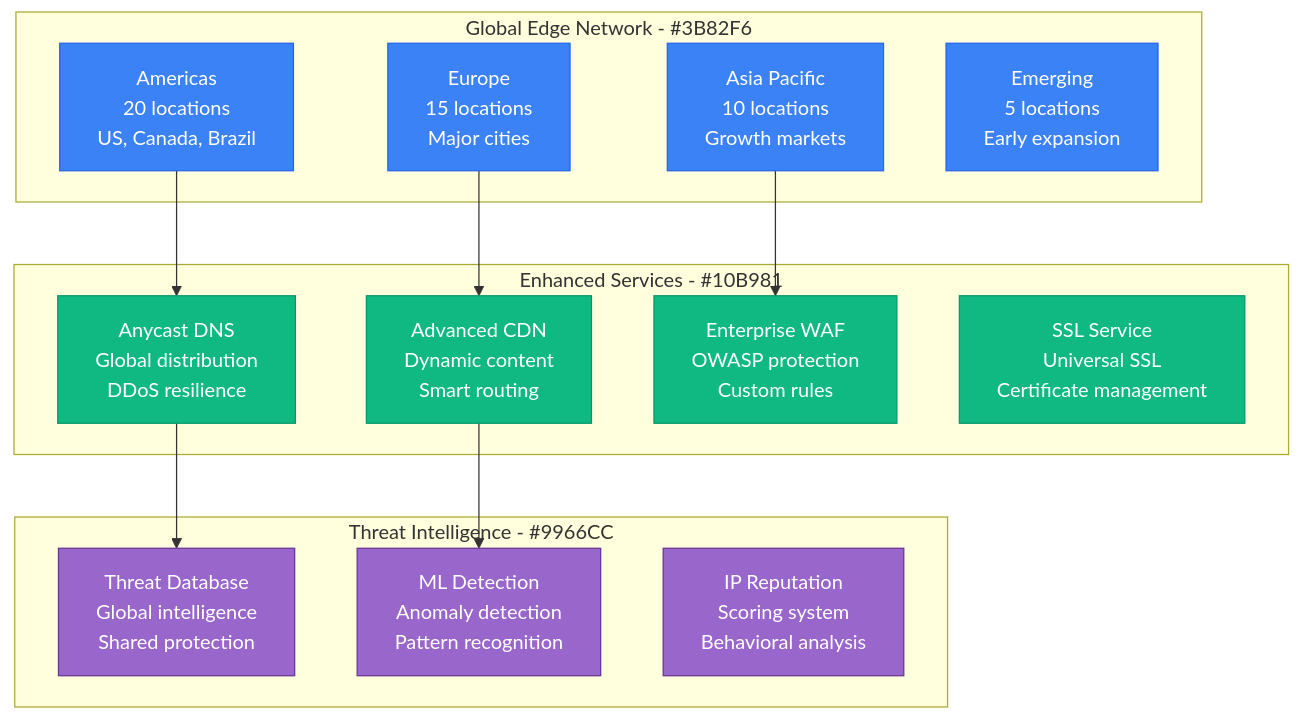
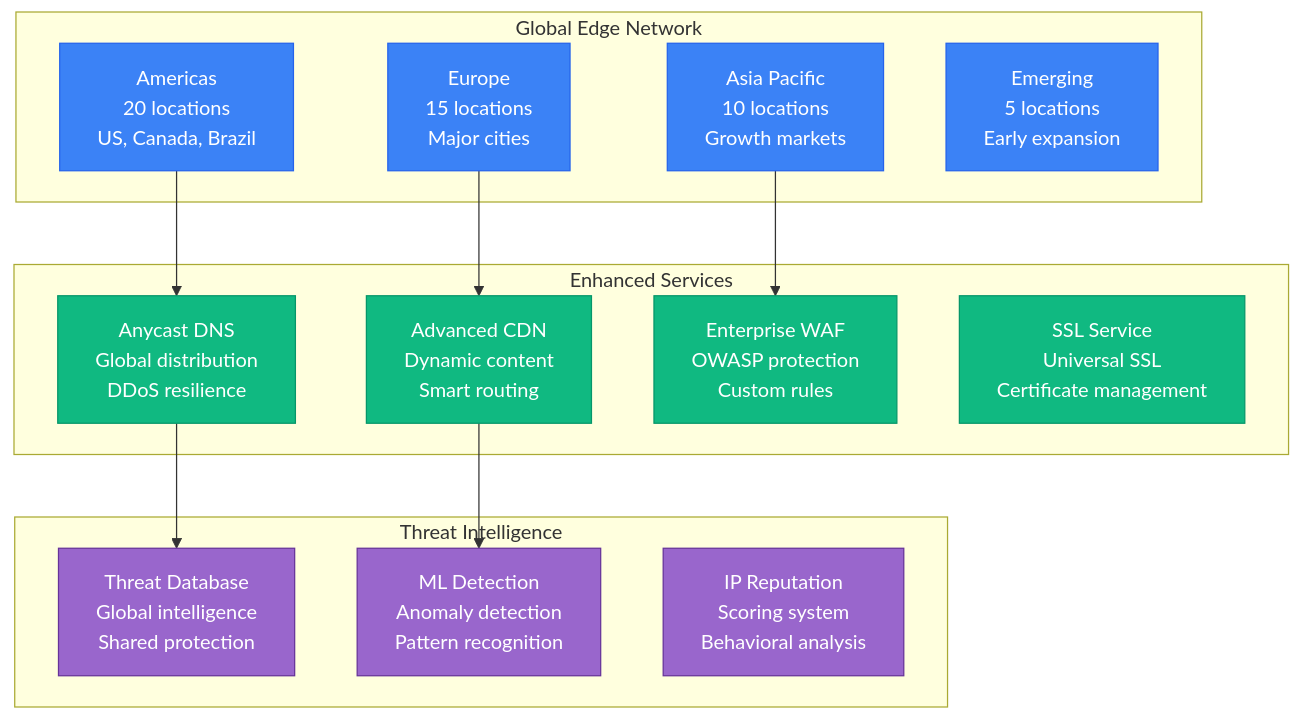
The third of 4 diagrams in site/docs/scaling/cloudflare-scale-evolution.md (deepaucksharma/DS), drawn with Mermaid before and after one commit. The commit also changed other lines of this file and 169 other files, not shown here.

````diff
--- a/site/docs/scaling/cloudflare-scale-evolution.md
+++ b/site/docs/scaling/cloudflare-scale-evolution.md
@@ -98,36 +98,36 @@
 ```mermaid
 graph TB
-    subgraph GlobalEdge[Global Edge Network - #3B82F6]
+    subgraph GlobalEdge["Global Edge Network"]
         AMERICAS[Americas<br/>20 locations<br/>US, Canada, Brazil]
         EUROPE[Europe<br/>15 locations<br/>Major cities]
         APAC[Asia Pacific<br/>10 locations<br/>Growth markets]
         AFRICA[Emerging<br/>5 locations<br/>Early expansion]
     end
 
-    subgraph ServiceEvolution[Enhanced Services - #10B981]
+    subgraph ServiceEvolution["Enhanced Services"]
         ANYCAST_DNS[Anycast DNS<br/>Global distribution<br/>DDoS resilience]
         ADVANCED_CDN[Advanced CDN<br/>Dynamic content<br/>Smart routing]
         ENTERPRISE_WAF[Enterprise WAF<br/>OWASP protection<br/>Custom rules]
         SSL_SERVICE[SSL Service<br/>Universal SSL<br/>Certificate management]
     end
 
-    subgraph IntelligenceLayer[Threat Intelligence - #9966CC]
+    subgraph IntelligenceLayer["Threat Intelligence"]
         THREAT_DB[Threat Database<br/>Global intelligence<br/>Shared protection]
         ML_DETECTION[ML Detection<br/>Anomaly detection<br/>Pattern recognition]
         REPUTATION[IP Reputation<br/>Scoring system<br/>Behavioral analysis]
     end
 
     AMERICAS --> ANYCAST_DNS
     EUROPE --> ADVANCED_CDN
     APAC --> ENTERPRISE_WAF
     ANYCAST_DNS --> THREAT_DB
     ADVANCED_CDN --> ML_DETECTION
 
     classDef edgeStyle fill:#3B82F6,stroke:#2563EB,color:#fff
     classDef serviceStyle fill:#10B981,stroke:#059669,color:#fff
     classDef mlStyle fill:#9966CC,stroke:#663399,color:#fff
 
     class AMERICAS,EUROPE,APAC,AFRICA edgeStyle
     class ANYCAST_DNS,ADVANCED_CDN,ENTERPRISE_WAF,SSL_SERVICE serviceStyle
     class THREAT_DB,ML_DETECTION,REPUTATION mlStyle
 ```
````
